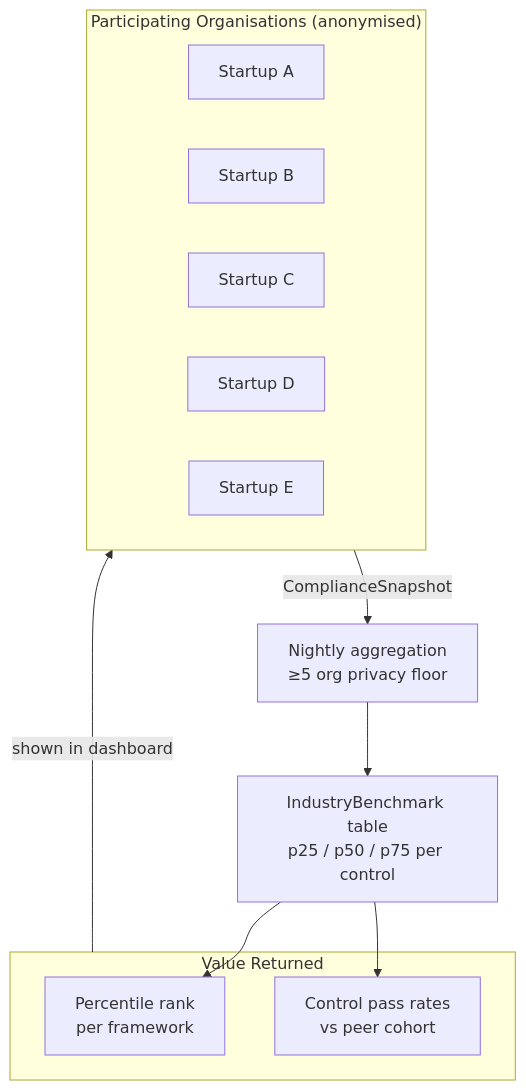
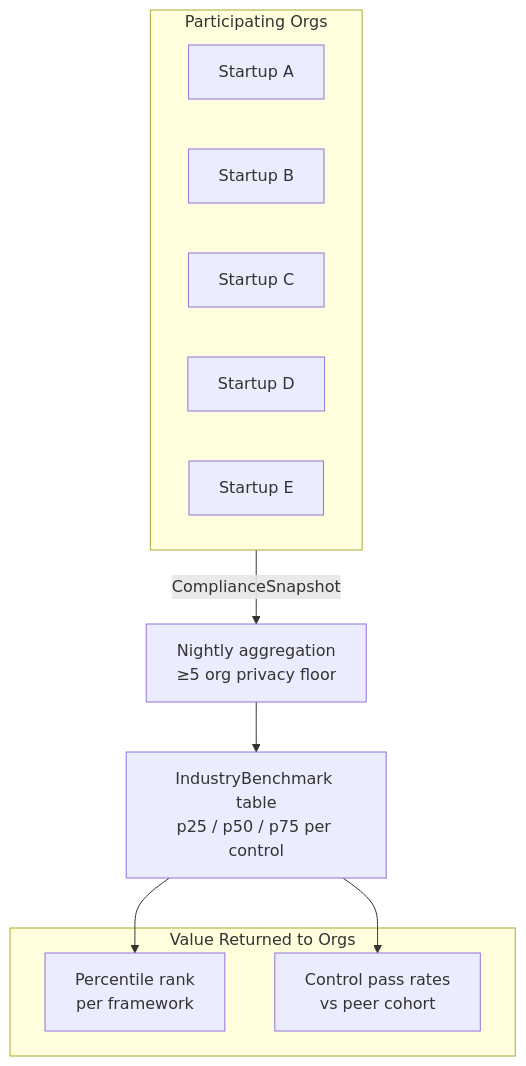
The fourth of 16 diagrams in README.md (JohnJohnW/audittrail-dev), drawn with Mermaid before and after one commit. The commit also changed other lines of this file and 3 other files, not shown here.

First line of the commit message:
Fix mermaid diagrams, pie chart label, and dashboard navigation bug

````diff
--- a/README.md
+++ b/README.md
@@ -141,24 +141,23 @@
 ```mermaid
 flowchart TD
-    subgraph Orgs["Participating Organisations (anonymised)"]
+    subgraph Orgs["Participating Orgs"]
         O1[Startup A]
         O2[Startup B]
         O3[Startup C]
         O4[Startup D]
         O5[Startup E]
     end
 
     AGG["Nightly aggregation\n≥5 org privacy floor"]
     BM["IndustryBenchmark table\np25 / p50 / p75 per control"]
 
-    subgraph Value["Value Returned"]
+    subgraph Value["Value Returned to Orgs"]
         PCT["Percentile rank\nper framework"]
         CR["Control pass rates\nvs peer cohort"]
     end
 
     Orgs -->|ComplianceSnapshot| AGG
     AGG --> BM
     BM --> PCT
     BM --> CR
-    Value -->|shown in dashboard| Orgs
 ```
````
